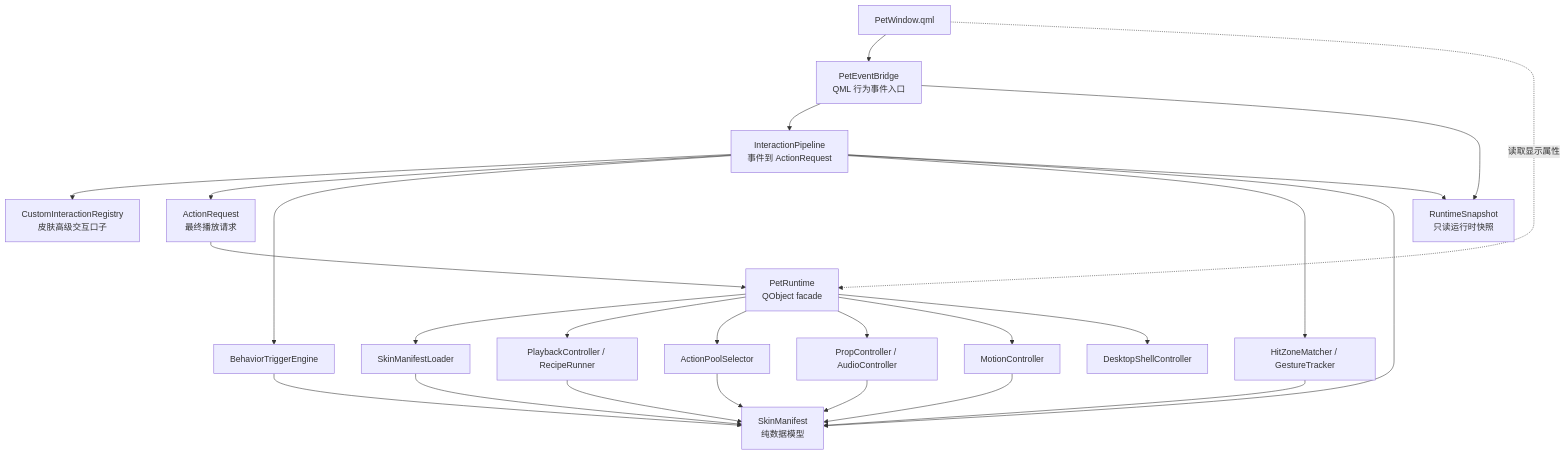
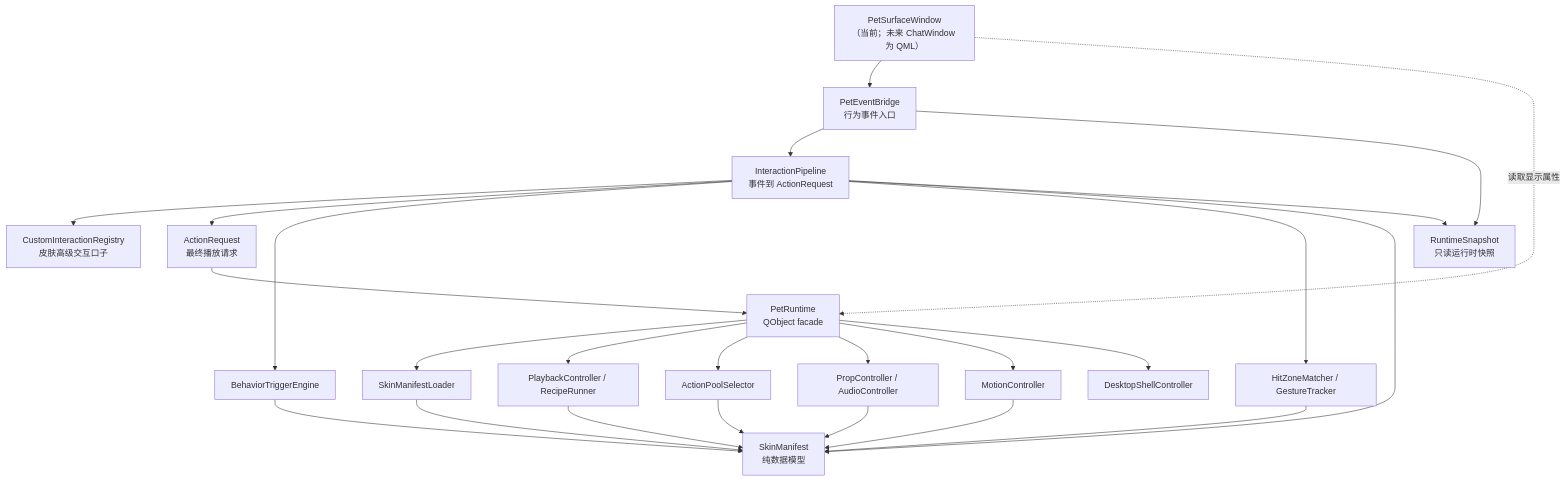
Before and after one commit to tiantian180/MilesEdgeworth: the first of 5 diagrams in docs/v2/设计方案/桌宠运行时职责拆分设计.md, drawn with Mermaid. The commit also changed other lines of this file and 36 other files, not shown here.

Commit message:
test: add architecture guardrails

````diff
--- a/docs/v2/设计方案/桌宠运行时职责拆分设计.md
+++ b/docs/v2/设计方案/桌宠运行时职责拆分设计.md
@@ -112,44 +112,44 @@
 ```mermaid
 flowchart TD
-    QML["PetWindow.qml"]
-    Bridge["PetEventBridge<br/>QML 行为事件入口"]
+    QML["PetSurfaceWindow<br/>（当前；未来 ChatWindow 为 QML）"]
+    Bridge["PetEventBridge<br/>行为事件入口"]
     Pipeline["InteractionPipeline<br/>事件到 ActionRequest"]
     Custom["CustomInteractionRegistry<br/>皮肤高级交互口子"]
     Request["ActionRequest<br/>最终播放请求"]
     Snapshot["RuntimeSnapshot<br/>只读运行时快照"]
     Runtime["PetRuntime<br/>QObject facade"]
     Manifest["SkinManifest<br/>纯数据模型"]
     Loader["SkinManifestLoader"]
     Playback["PlaybackController / RecipeRunner"]
     Selection["ActionPoolSelector"]
     Behavior["BehaviorTriggerEngine"]
     Interaction["HitZoneMatcher / GestureTracker"]
     Effects["PropController / AudioController"]
     Motion["MotionController"]
     Shell["DesktopShellController"]
 
     QML --> Bridge
     QML -.读取显示属性.-> Runtime
     Bridge --> Pipeline
     Bridge --> Snapshot
     Pipeline --> Custom
     Pipeline --> Request
     Request --> Runtime
     Runtime --> Loader
     Loader --> Manifest
     Runtime --> Playback
     Runtime --> Selection
     Pipeline --> Behavior
     Pipeline --> Interaction
     Pipeline --> Manifest
     Pipeline --> Snapshot
     Runtime --> Effects
     Runtime --> Motion
     Playback --> Manifest
     Selection --> Manifest
     Behavior --> Manifest
     Interaction --> Manifest
     Effects --> Manifest
     Motion --> Manifest
     Runtime --> Shell
 ```
````
